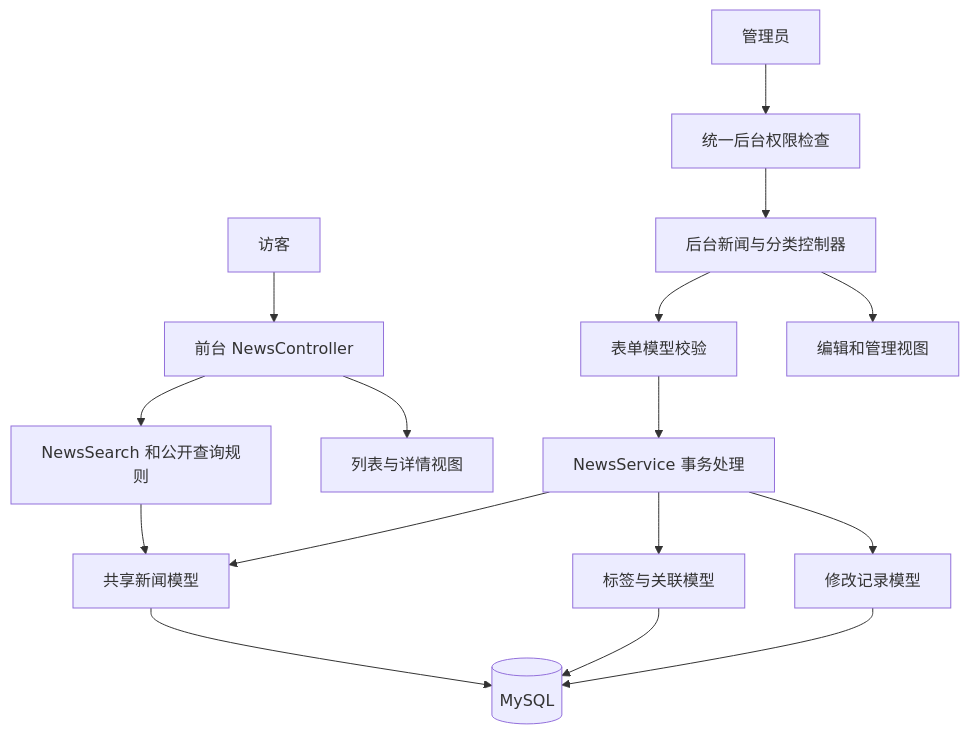
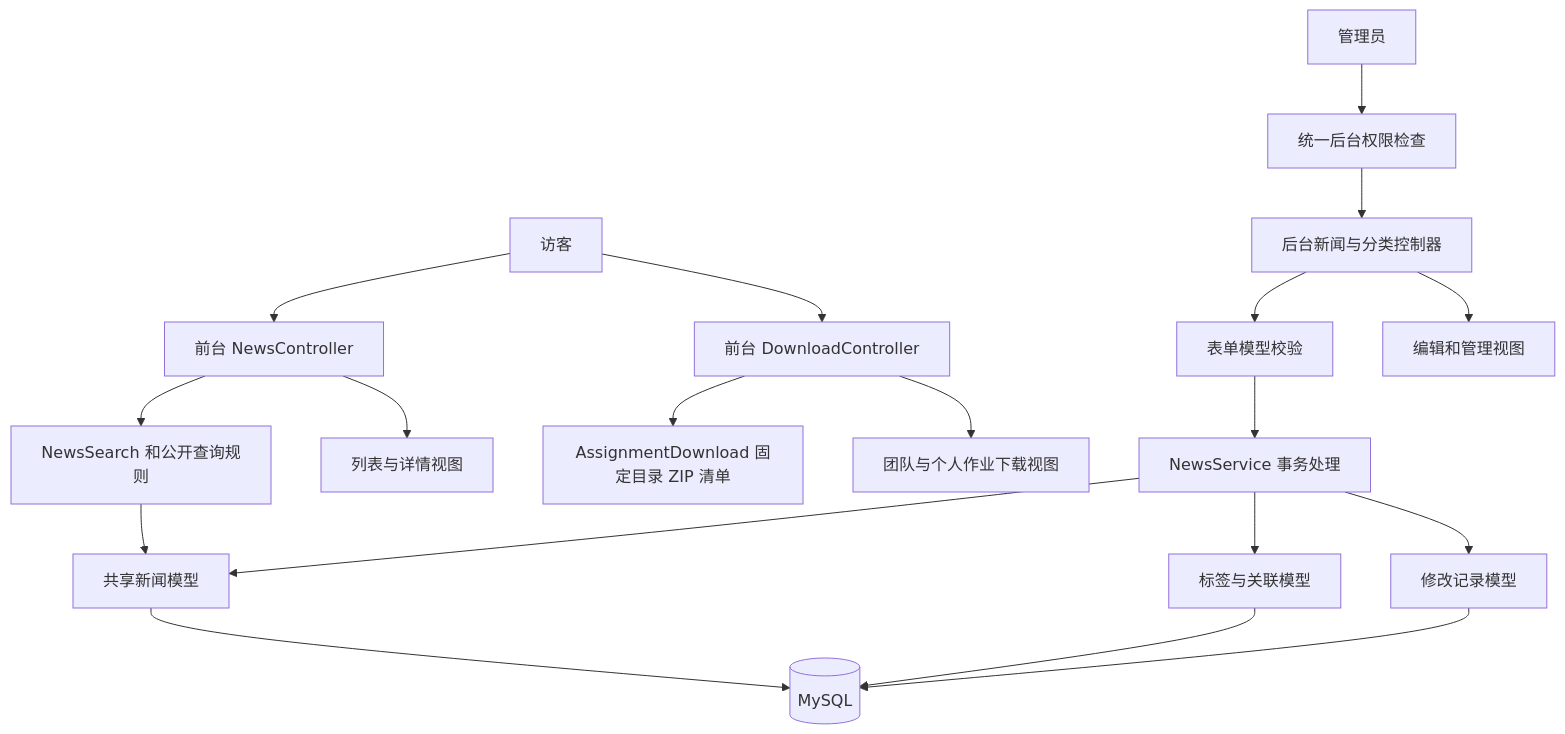
Before and after one commit to wangyeG2/InternetDatabaseDevelopment: the first of 5 diagrams in docs/B/设计文档_模块图与流程图.md, drawn with Mermaid. The commit also changed other lines of this file and 85 other files, not shown here.

````diff
--- a/docs/B/设计文档_模块图与流程图.md
+++ b/docs/B/设计文档_模块图与流程图.md
@@ -7,18 +7,21 @@
 ```mermaid
 flowchart TB
     Visitor[访客] --> Public[前台 NewsController]
     Public --> Search[NewsSearch 和公开查询规则]
     Search --> News[共享新闻模型]
     Public --> PublicView[列表与详情视图]
+    Visitor --> Downloads[前台 DownloadController]
+    Downloads --> Files[AssignmentDownload 固定目录 ZIP 清单]
+    Downloads --> DownloadView[团队与个人作业下载视图]
     Admin[管理员] --> Guard[统一后台权限检查]
     Guard --> Manage[后台新闻与分类控制器]
     Manage --> Form[表单模型校验]
     Form --> Service[NewsService 事务处理]
     Service --> News
     Service --> Tag[标签与关联模型]
     Service --> Revision[修改记录模型]
     Manage --> AdminView[编辑和管理视图]
     News --> DB[(MySQL)]
     Tag --> DB
     Revision --> DB
 ```
````
